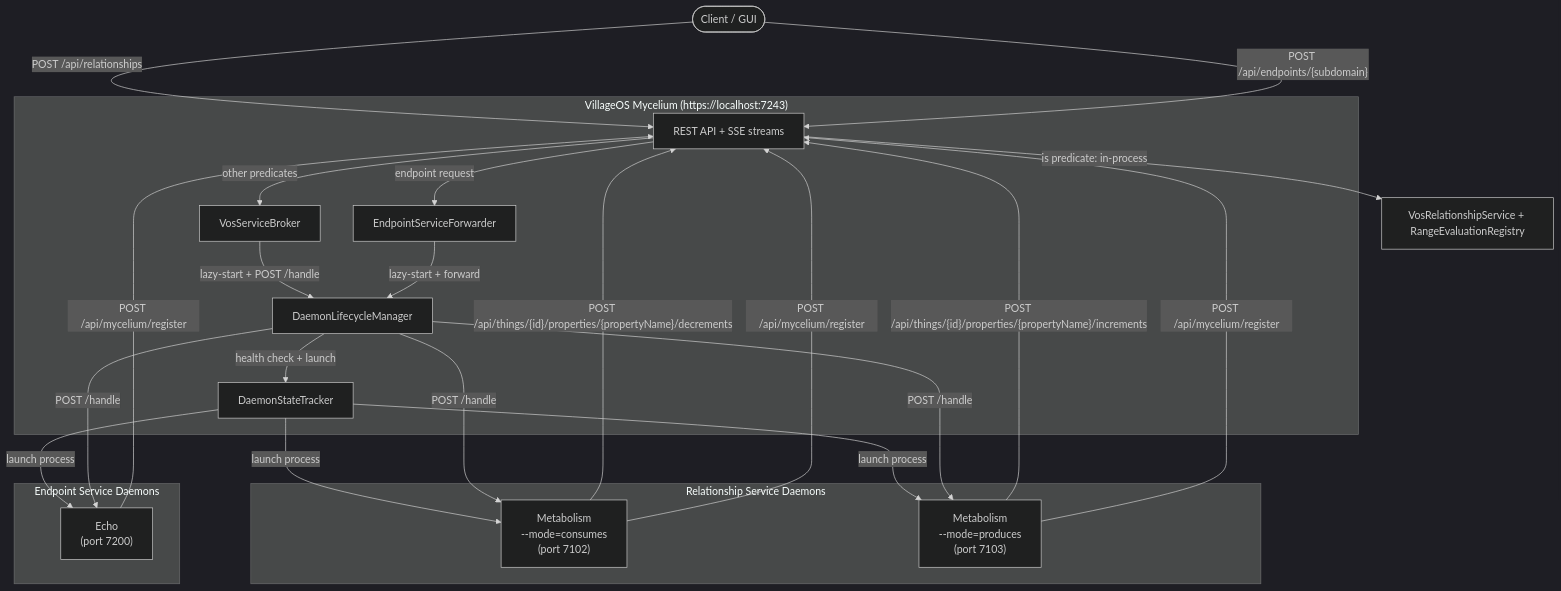
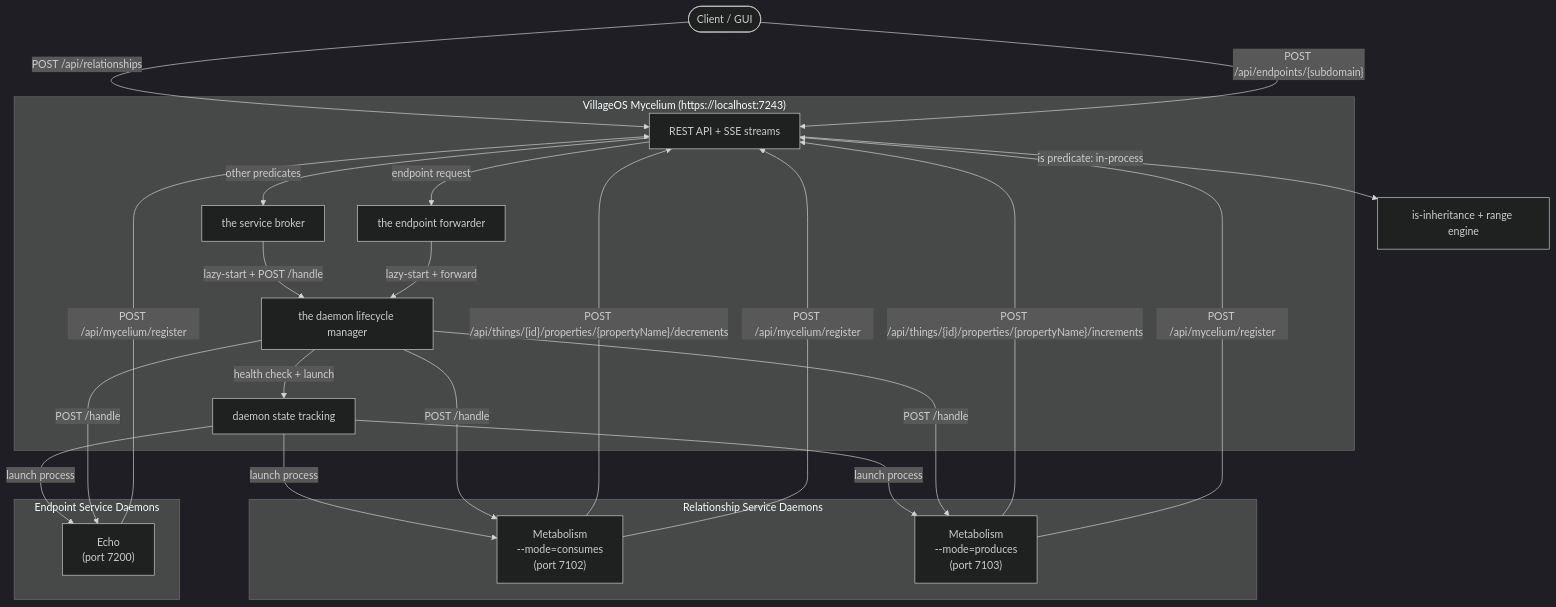
The diagram in docs/RELATIONSHIP_SERVICES.md (ReGen-Villages/VillageOS-API), drawn with Mermaid (dark theme) before and after one commit. The commit also changed other lines of this file and 8 other files, not shown here.

````diff
--- a/docs/RELATIONSHIP_SERVICES.md
+++ b/docs/RELATIONSHIP_SERVICES.md
@@ -60,35 +60,35 @@
 ```mermaid
 flowchart TB
     subgraph Mycelium["VillageOS Mycelium (https://localhost:7243)"]
         API[REST API + SSE streams]
-        DSB[VosServiceBroker]
-        DLM[DaemonLifecycleManager]
-        DST[DaemonStateTracker]
-        ESF[EndpointServiceForwarder]
+        DSB[the service broker]
+        DLM[the daemon lifecycle manager]
+        DST[daemon state tracking]
+        ESF[the endpoint forwarder]
     end
 
     subgraph Handlers["Relationship Service Daemons"]
         CONS["Metabolism\n--mode=consumes\n(port 7102)"]
         PROD["Metabolism\n--mode=produces\n(port 7103)"]
     end
 
     subgraph EndpointSvcs["Endpoint Service Daemons"]
         ECHO["Echo\n(port 7200)"]
     end
 
     Client([Client / GUI]) -->|"POST /api/relationships"| API
     Client -->|"POST /api/endpoints/{subdomain}"| API
-    API -->|"is predicate: in-process"| VRS[VosRelationshipService + RangeEvaluationRegistry]
+    API -->|"is predicate: in-process"| VRS["is-inheritance + range engine"]
     API -->|"other predicates"| DSB
     API -->|"endpoint request"| ESF
     DSB -->|"lazy-start + POST /handle"| DLM
     ESF -->|"lazy-start + forward"| DLM
     DLM -->|"health check + launch"| DST
     DST -->|"launch process"| CONS & PROD & ECHO
     DLM -->|"POST /handle"| CONS & PROD & ECHO
 
     CONS -->|"POST /api/things/{id}/properties/{propertyName}/decrements"| API
     PROD -->|"POST /api/things/{id}/properties/{propertyName}/increments"| API
 
     CONS & PROD & ECHO -->|"POST /api/mycelium/register"| API
 ```
````
